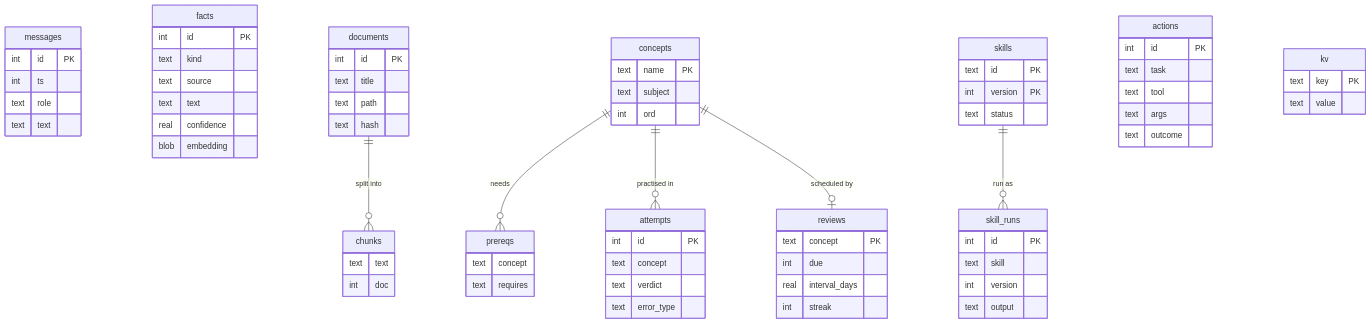
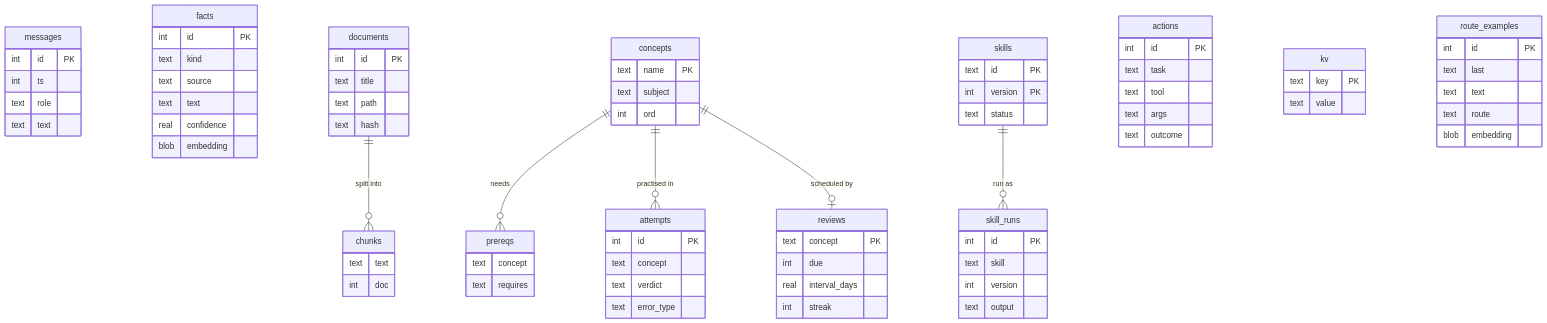
One commit to rithulkamesh/sunday changed the eighth of 9 diagrams in docs/ARCHITECTURE.md. Above: the diagram before and after it, drawn with Mermaid. The commit also changed other lines of this file and 7 other files, not shown here.

````diff
--- a/docs/ARCHITECTURE.md
+++ b/docs/ARCHITECTURE.md
@@ -199,75 +199,82 @@
 ```mermaid
 erDiagram
     messages {
         int id PK
         int ts
         text role
         text text
     }
     facts {
         int id PK
         text kind
         text source
         text text
         real confidence
         blob embedding
     }
     documents ||--o{ chunks : "split into"
     documents {
         int id PK
         text title
         text path
         text hash
     }
     chunks {
         text text
         int doc
     }
     concepts ||--o{ prereqs : "needs"
     concepts ||--o{ attempts : "practised in"
     concepts ||--o| reviews : "scheduled by"
     concepts {
         text name PK
         text subject
         int ord
     }
     prereqs {
         text concept
         text requires
     }
     attempts {
         int id PK
         text concept
         text verdict
         text error_type
     }
     reviews {
         text concept PK
         int due
         real interval_days
         int streak
     }
     skills ||--o{ skill_runs : "run as"
     skills {
         text id PK
         int version PK
         text status
     }
     skill_runs {
         int id PK
         text skill
         int version
         text output
     }
     actions {
         int id PK
         text task
         text tool
         text args
         text outcome
     }
     kv {
         text key PK
         text value
     }
+    route_examples {
+        int id PK
+        text last
+        text text
+        text route
+        blob embedding
+    }
 ```
````
